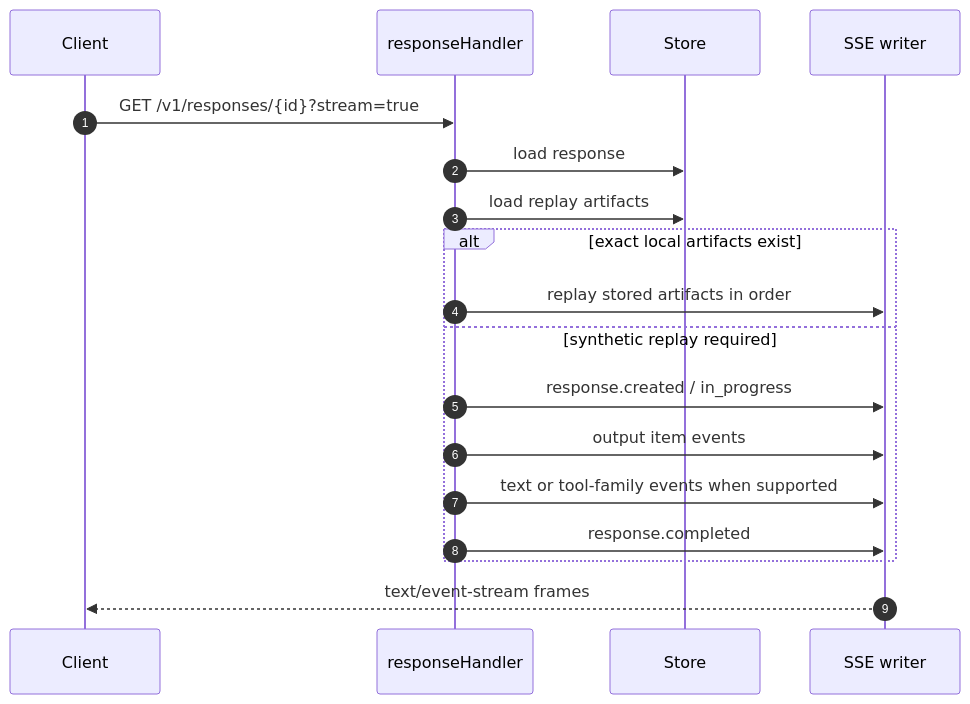
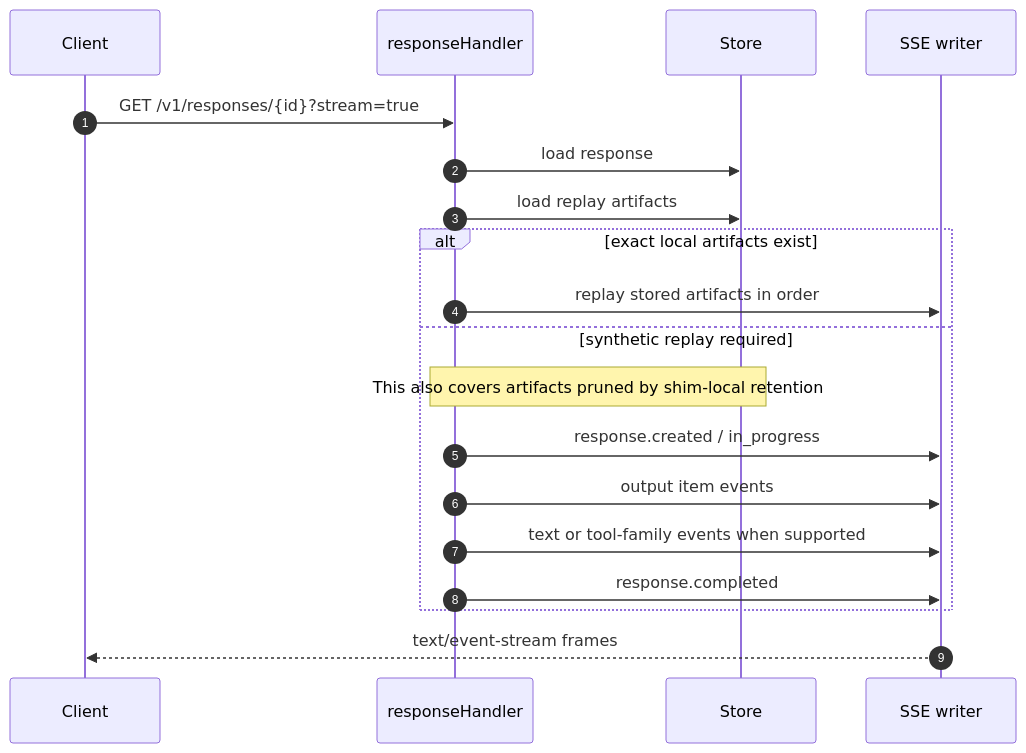
Before and after one commit to avelrl/llama_shim: the eighth of 25 diagrams in docs/engineering/openai-api-choreography-atlas.md, drawn with Mermaid. The commit also changed other lines of this file and 20 other files, not shown here.

````diff
--- a/docs/engineering/openai-api-choreography-atlas.md
+++ b/docs/engineering/openai-api-choreography-atlas.md
@@ -299,21 +301,22 @@
 ```mermaid
 sequenceDiagram
   autonumber
   participant C as Client
   participant H as responseHandler
   participant DB as Store
   participant S as SSE writer
 
   C->>H: GET /v1/responses/{id}?stream=true
   H->>DB: load response
   H->>DB: load replay artifacts
   alt exact local artifacts exist
     H->>S: replay stored artifacts in order
   else synthetic replay required
+    Note over H,DB: This also covers artifacts pruned by shim-local retention
     H->>S: response.created / in_progress
     H->>S: output item events
     H->>S: text or tool-family events when supported
     H->>S: response.completed
   end
   S-->>C: text/event-stream frames
 ```
````
